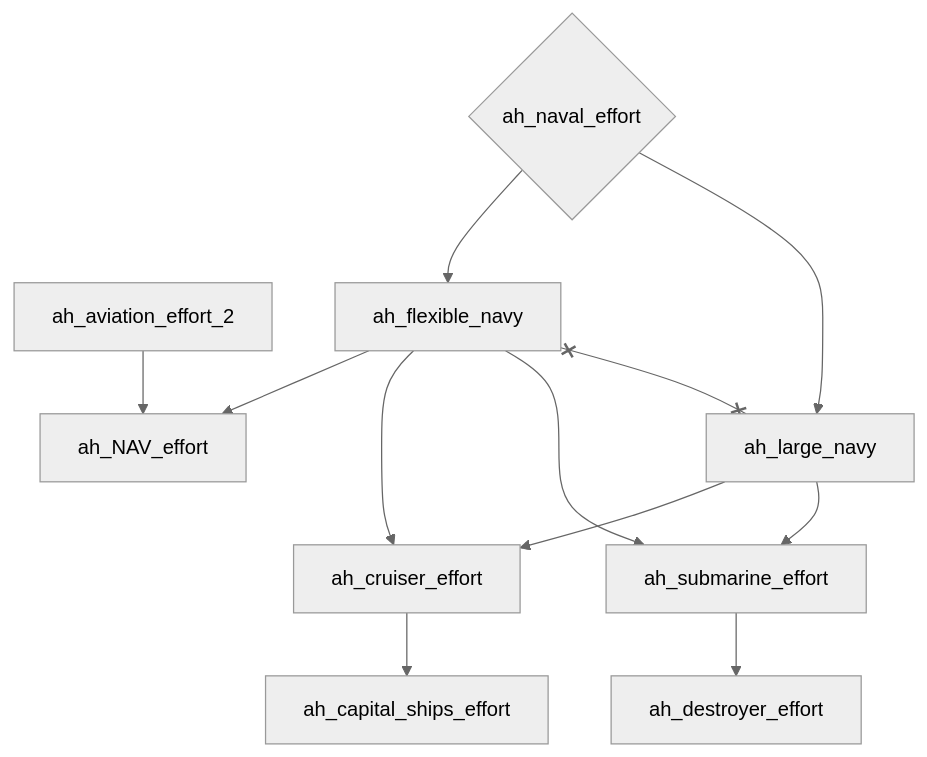
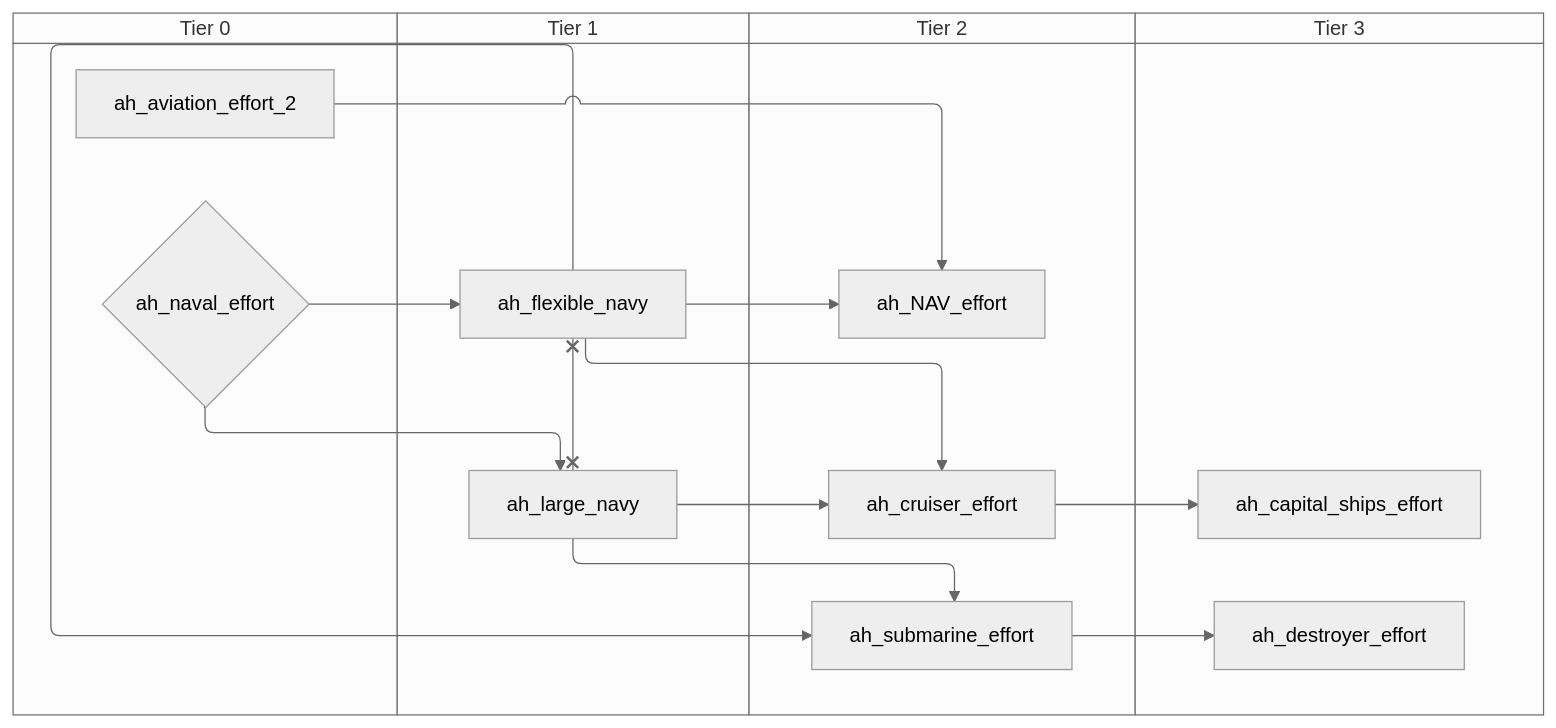
One commit to evgeny-sobol/hoi4-sandbox-mode-r56 changed the fourth of 5 diagrams in docs/gdd/National Focuses/r56/austro_hungarian_releasable_shared.md. Above: the diagram before and after it, drawn with Mermaid (neutral theme). The commit also changed other lines of this file and 423 other files, not shown here.

First line of the commit message:
Re-export Rt56 focus trees as swimlane diagrams

````diff
--- a/docs/gdd/National Focuses/r56/austro_hungarian_releasable_shared.md
+++ b/docs/gdd/National Focuses/r56/austro_hungarian_releasable_shared.md
@@ -96,23 +128,31 @@
 ```mermaid
-flowchart TD
-    n13["ah_NAV_effort"]
-    n4["ah_aviation_effort_2"]
-    n32["ah_capital_ships_effort"]
-    n33["ah_cruiser_effort"]
-    n34["ah_destroyer_effort"]
-    n17["ah_flexible_navy"]
-    n35["ah_large_navy"]
-    n36{"ah_naval_effort"}
-    n37["ah_submarine_effort"]
-    n4 --> n13
-    n17 --> n13
-    n33 --> n32
-    n35 --> n33
-    n17 --> n33
-    n37 --> n34
-    n36 --> n17
-    n36 --> n35
-    n17 --> n37
+swimlane-beta TD
+    subgraph tier_0["Tier 0"]
+        n2["ah_aviation_effort_2"]
+        n32{"ah_naval_effort"}
+    end
+    subgraph tier_1["Tier 1"]
+        n14["ah_flexible_navy"]
+        n33["ah_large_navy"]
+    end
+    subgraph tier_2["Tier 2"]
+        n18["ah_NAV_effort"]
+        n34["ah_cruiser_effort"]
+        n35["ah_submarine_effort"]
+    end
+    subgraph tier_3["Tier 3"]
+        n36["ah_capital_ships_effort"]
+        n37["ah_destroyer_effort"]
+    end
+    n2 --> n18
+    n14 --> n18
+    n34 --> n36
+    n33 --> n34
+    n14 --> n34
     n35 --> n37
-    n17 x--x n35
+    n32 --> n14
+    n32 --> n33
+    n14 --> n35
+    n33 --> n35
+    n14 x--x n33
 ```
````
